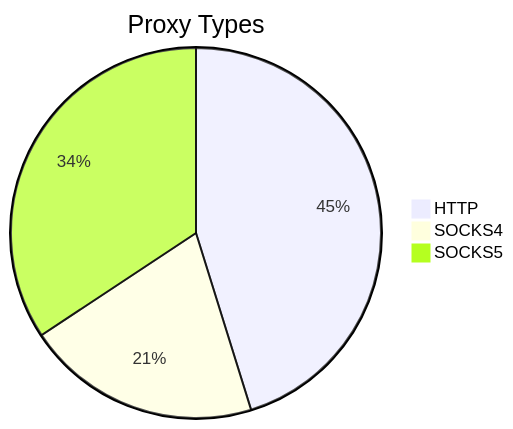
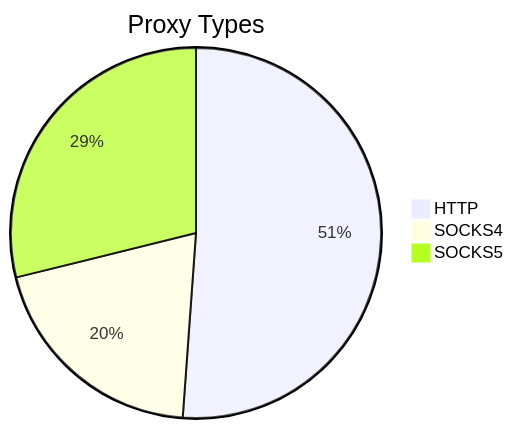
One commit to stormsia/proxy-list changed the first of 2 diagrams in README.md. Above: the diagram before and after it, drawn with Mermaid. The commit also changed other lines of this file, not shown here.

````diff
--- a/README.md
+++ b/README.md
@@ -21,6 +21,6 @@
 ```mermaid
 pie title Proxy Types
-    "HTTP" : 141
-    "SOCKS4" : 64
-    "SOCKS5" : 107
+    "HTTP" : 179
+    "SOCKS4" : 70
+    "SOCKS5" : 101
 ```
````
